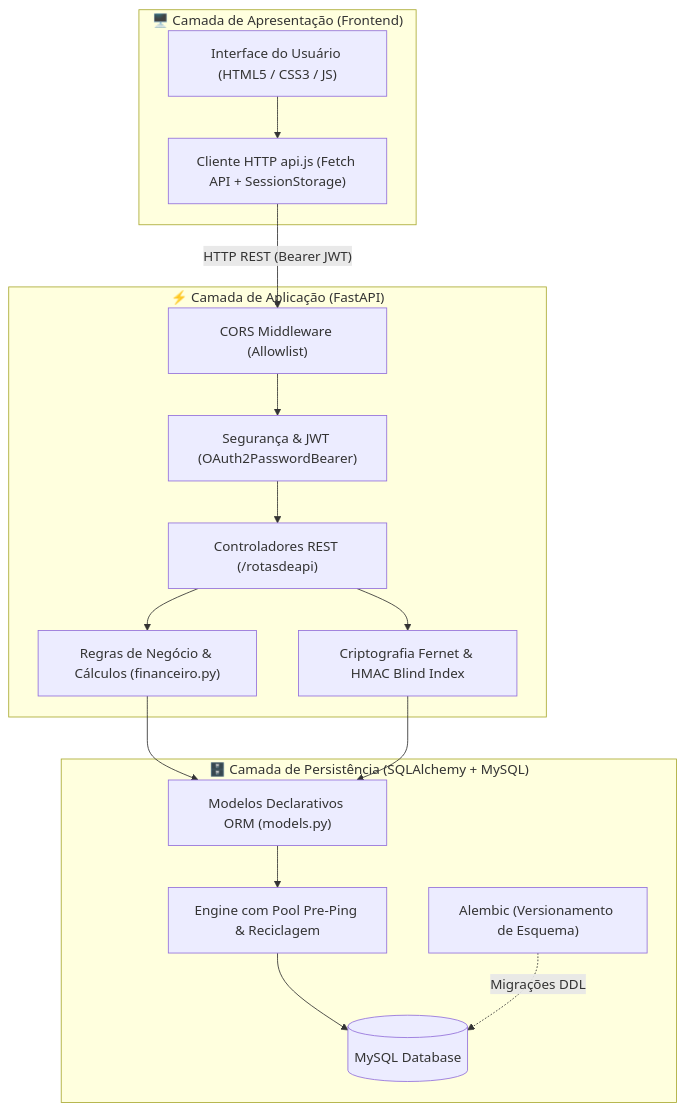
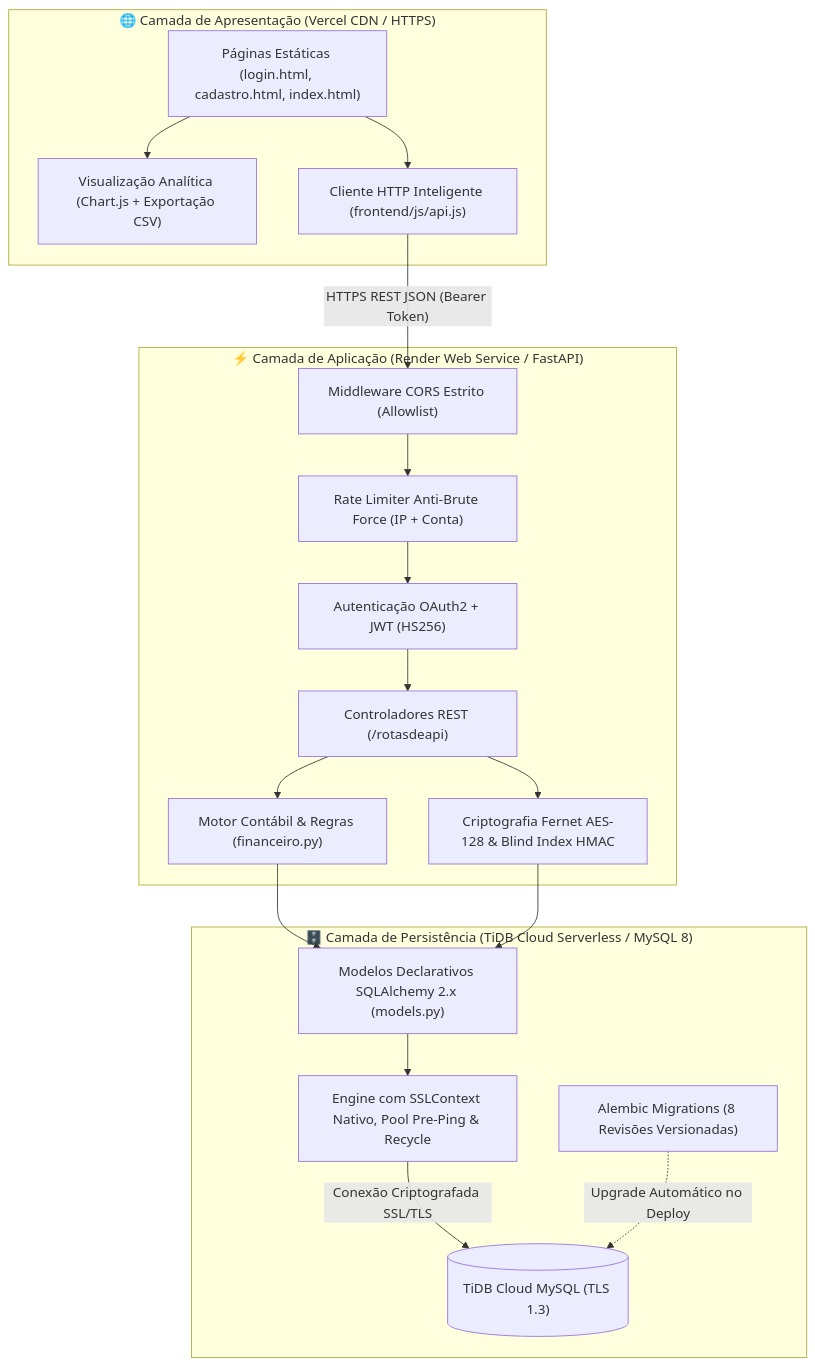
One commit to amorimfps1/fluxo_caixa_campos changed the diagram in README.md. Above: the diagram before and after it, drawn with Mermaid. The commit also changed other lines of this file and 12 other files, not shown here.

````diff
--- a/README.md
+++ b/README.md
@@ -46,35 +68,39 @@
 ```mermaid
 flowchart TD
-    subgraph FrontendLayer ["🖥️ Camada de Apresentação (Frontend)"]
-        UI["Interface do Usuário (HTML5 / CSS3 / JS)"]
-        CLIENT["Cliente HTTP api.js (Fetch API + SessionStorage)"]
+    subgraph CloudFrontend ["🌐 Camada de Apresentação (Vercel CDN / HTTPS)"]
+        UI["Páginas Estáticas (login.html, cadastro.html, index.html)"]
+        CHARTS["Visualização Analítica (Chart.js + Exportação CSV)"]
+        CLIENT["Cliente HTTP Inteligente (frontend/js/api.js)"]
+        UI --> CHARTS
         UI --> CLIENT
     end
 
-    subgraph APILayer ["⚡ Camada de Aplicação (FastAPI)"]
-        CORS["CORS Middleware (Allowlist)"]
-        AUTH["Segurança & JWT (OAuth2PasswordBearer)"]
+    subgraph CloudBackend ["⚡ Camada de Aplicação (Render Web Service / FastAPI)"]
+        CORS["Middleware CORS Estrito (Allowlist)"]
+        AUTH["Autenticação OAuth2 + JWT (HS256)"]
+        RATELIMIT["Rate Limiter Anti-Brute Force (IP + Conta)"]
         ROUTERS["Controladores REST (/rotasdeapi)"]
-        RULES["Regras de Negócio & Cálculos (financeiro.py)"]
-        CRYPTO["Criptografia Fernet & HMAC Blind Index"]
-        
-        CLIENT -- "HTTP REST (Bearer JWT)" --> CORS
-        CORS --> AUTH
+        FINANCE["Motor Contábil & Regras (financeiro.py)"]
+        CRYPTO["Criptografia Fernet AES-128 & Blind Index HMAC"]
+
+        CLIENT -- "HTTPS REST JSON (Bearer Token)" --> CORS
+        CORS --> RATELIMIT
+        RATELIMIT --> AUTH
         AUTH --> ROUTERS
-        ROUTERS --> RULES
+        ROUTERS --> FINANCE
         ROUTERS --> CRYPTO
     end
 
-    subgraph DataLayer ["🗄️ Camada de Persistência (SQLAlchemy + MySQL)"]
-        MODELS["Modelos Declarativos ORM (models.py)"]
-        POOL["Engine com Pool Pre-Ping & Reciclagem"]
-        ALEMBIC["Alembic (Versionamento de Esquema)"]
-        DB[("MySQL Database")]
-        
-        RULES --> MODELS
-        CRYPTO --> MODELS
-        MODELS --> POOL
-        POOL --> DB
-        ALEMBIC -. "Migrações DDL" .-> DB
+    subgraph CloudData ["🗄️ Camada de Persistência (TiDB Cloud Serverless / MySQL 8)"]
+        ORM["Modelos Declarativos SQLAlchemy 2.x (models.py)"]
+        POOL["Engine com SSLContext Nativo, Pool Pre-Ping & Recycle"]
+        ALEMBIC["Alembic Migrations (8 Revisões Versionadas)"]
+        TIDB[("TiDB Cloud MySQL (TLS 1.3)")]
+
+        FINANCE --> ORM
+        CRYPTO --> ORM
+        ORM --> POOL
+        POOL -- "Conexão Criptografada SSL/TLS" --> TIDB
+        ALEMBIC -. "Upgrade Automático no Deploy" .-> TIDB
     end
 ```
````
